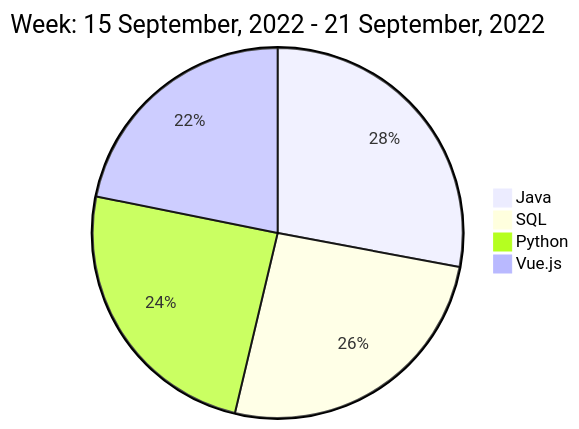
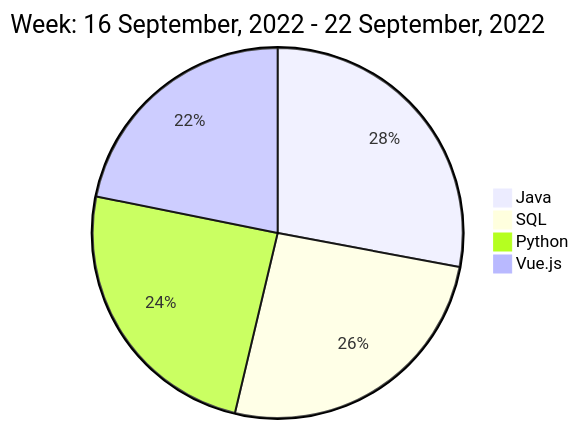
Before and after one commit to liubin95/liubin95: the diagram in README.md, drawn with Mermaid.

Commit message:
Updated the Graph with new Metrics

````diff
--- a/README.md
+++ b/README.md
@@ -40,8 +40,8 @@
 ```mermaid
  pie
-title Week: 15 September, 2022 - 21 September, 2022
+title Week: 16 September, 2022 - 22 September, 2022
  "Java" : 1.92
  "SQL" : 1.77
  "Python" : 1.68
  "Vue.js" : 1.5
 ```
````
